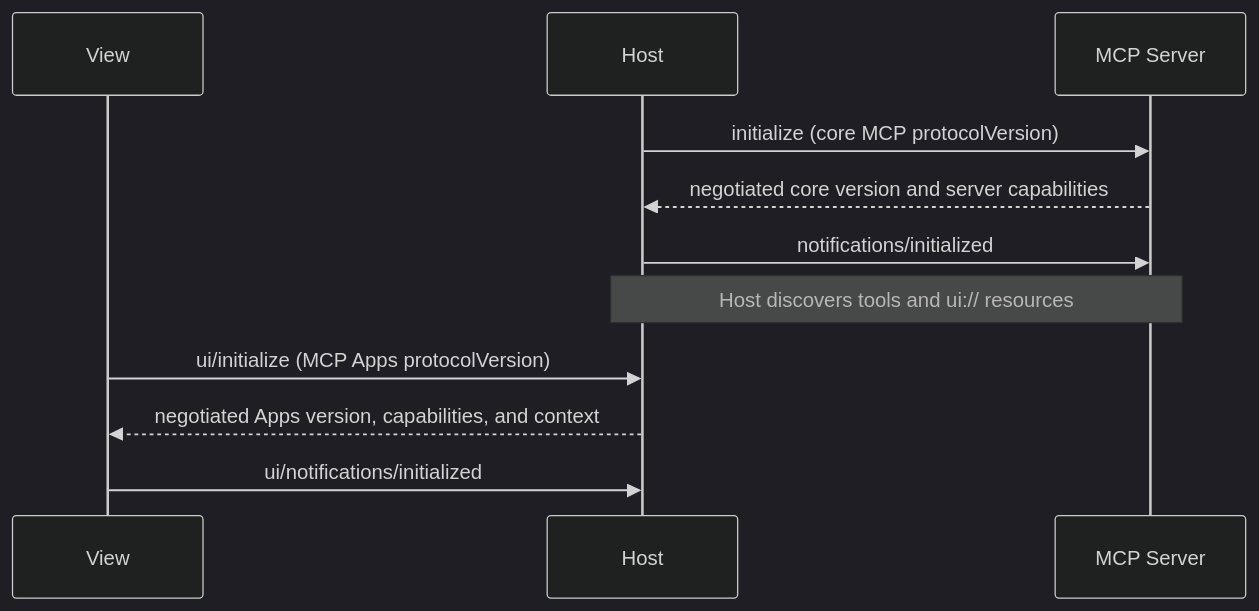
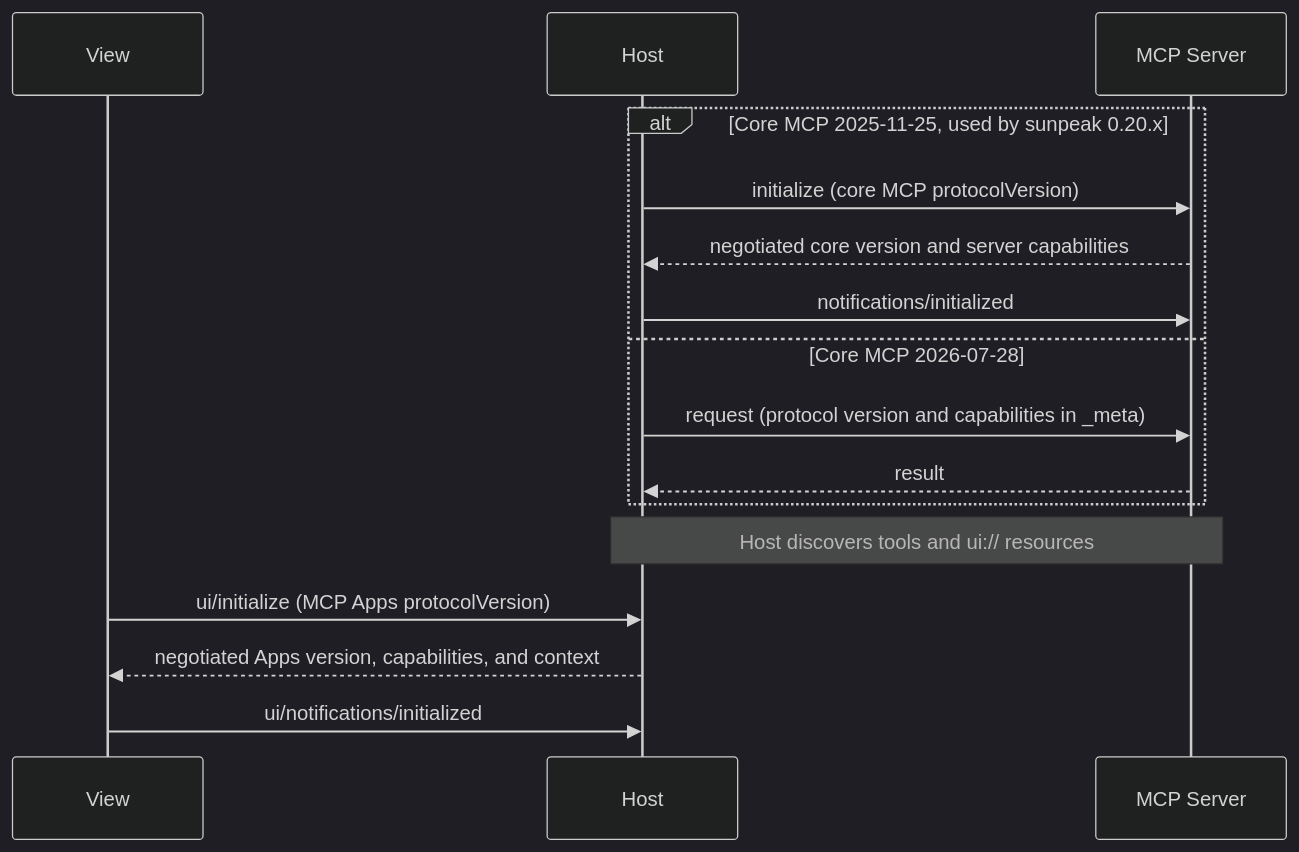
One commit to Alignbase/sunpeak changed the diagram in docs/mcp-apps/protocol-versions.mdx. Above: the diagram before and after it, drawn with Mermaid (dark theme). The commit also changed other lines of this file and 9 other files, not shown here.

````diff
--- a/docs/mcp-apps/protocol-versions.mdx
+++ b/docs/mcp-apps/protocol-versions.mdx
@@ -41,16 +41,21 @@
 ```mermaid
 sequenceDiagram
     participant V as View
     participant H as Host
     participant S as MCP Server
 
-    H->>S: initialize (core MCP protocolVersion)
-    S-->>H: negotiated core version and server capabilities
-    H->>S: notifications/initialized
+    alt Core MCP 2025-11-25, used by sunpeak 0.20.x
+        H->>S: initialize (core MCP protocolVersion)
+        S-->>H: negotiated core version and server capabilities
+        H->>S: notifications/initialized
+    else Core MCP 2026-07-28
+        H->>S: request (protocol version and capabilities in _meta)
+        S-->>H: result
+    end
 
     Note over H,S: Host discovers tools and ui:// resources
 
     V->>H: ui/initialize (MCP Apps protocolVersion)
     H-->>V: negotiated Apps version, capabilities, and context
     V->>H: ui/notifications/initialized
 ```
````
